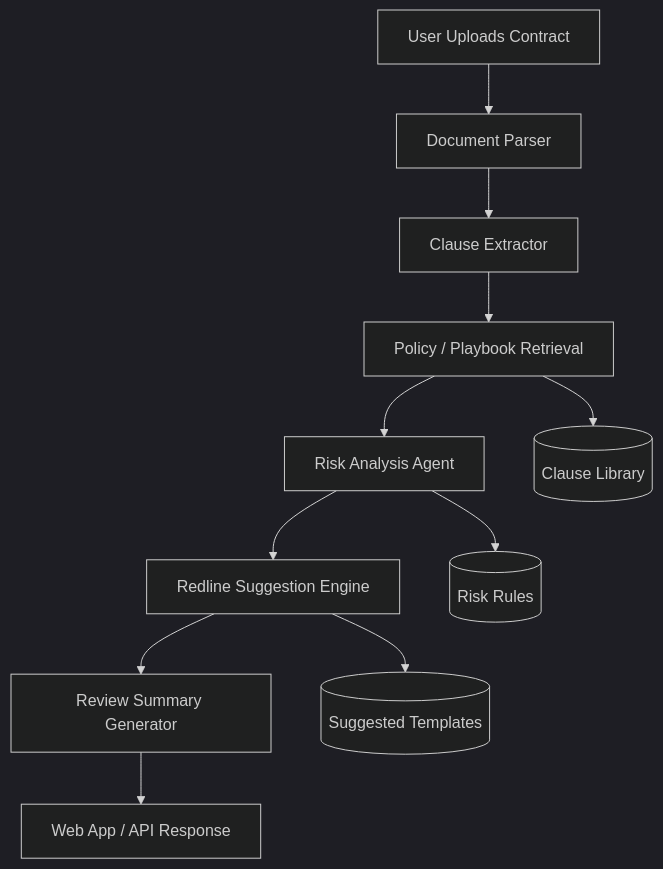
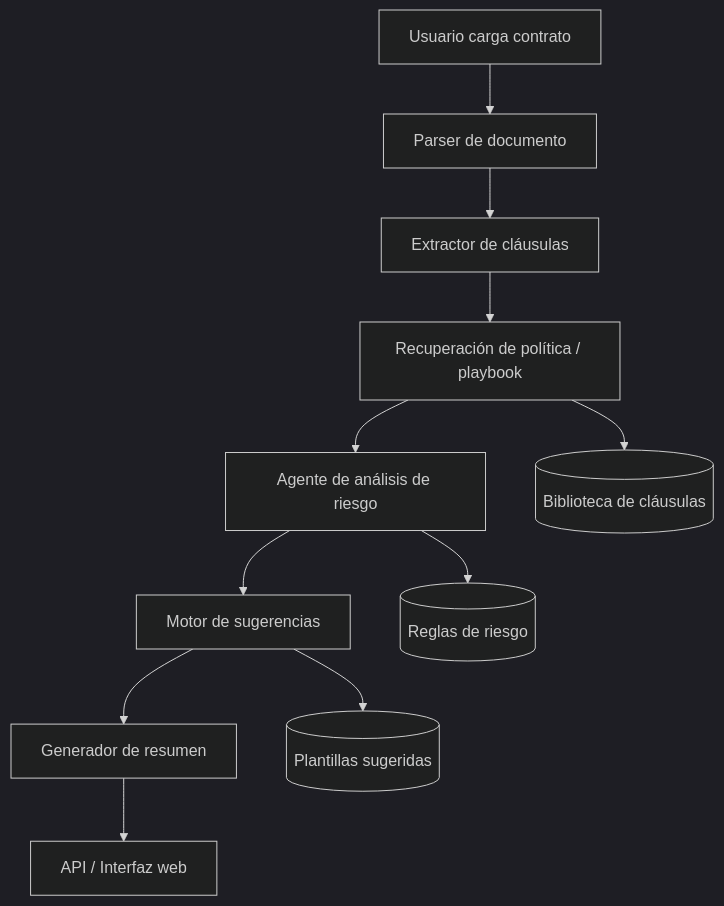
The diagram in README.md (yasminacarlafernandez/LEX_IA), drawn with Mermaid (dark theme) before and after one commit. The commit also changed other lines of this file, not shown here.

````diff
--- a/README.md
+++ b/README.md
@@ -82,14 +84,14 @@
 ```mermaid
 flowchart TD
-    A[User Uploads Contract] --> B[Document Parser]
-    B --> C[Clause Extractor]
-    C --> D[Policy / Playbook Retrieval]
-    D --> E[Risk Analysis Agent]
-    E --> F[Redline Suggestion Engine]
-    F --> G[Review Summary Generator]
-    G --> H[Web App / API Response]
+    A[Usuario carga contrato] --> B[Parser de documento]
+    B --> C[Extractor de cláusulas]
+    C --> D[Recuperación de política / playbook]
+    D --> E[Agente de análisis de riesgo]
+    E --> F[Motor de sugerencias]
+    F --> G[Generador de resumen]
+    G --> H[API / Interfaz web]
 
-    D --> I[(Clause Library)]
-    E --> J[(Risk Rules)]
-    F --> K[(Suggested Templates)]
+    D --> I[(Biblioteca de cláusulas)]
+    E --> J[(Reglas de riesgo)]
+    F --> K[(Plantillas sugeridas)]
 ```
````
